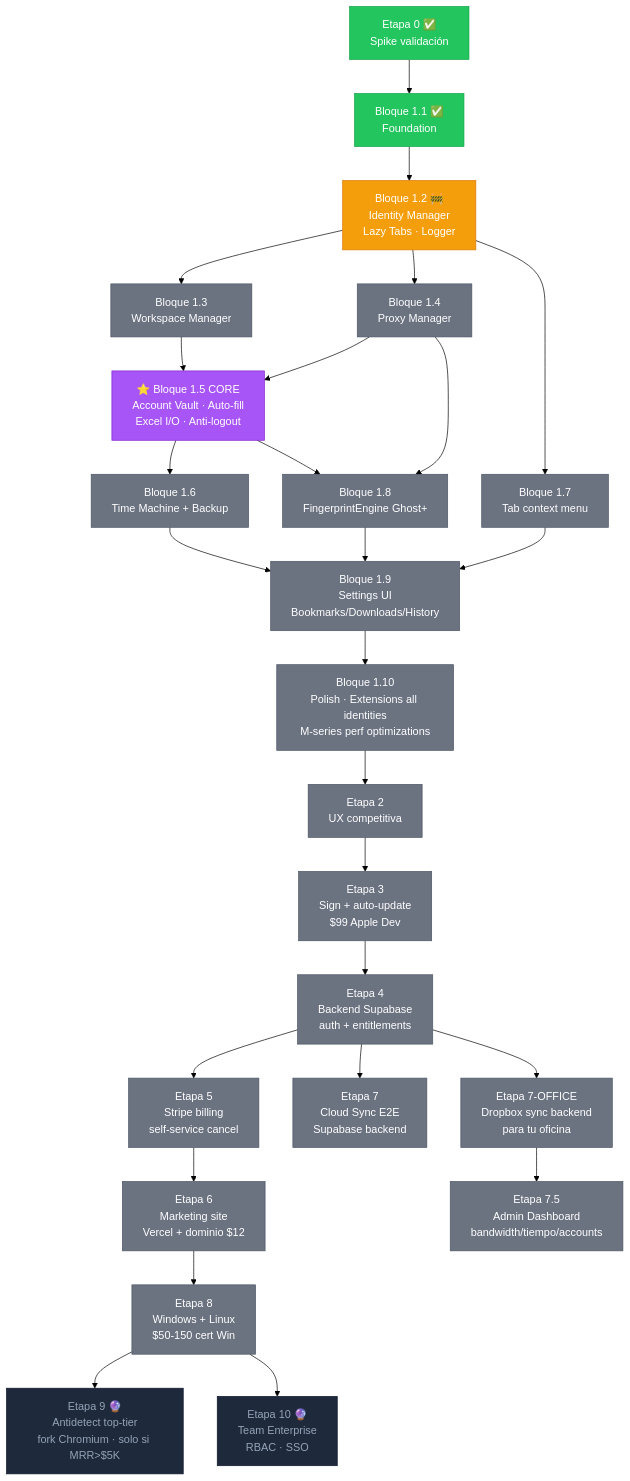
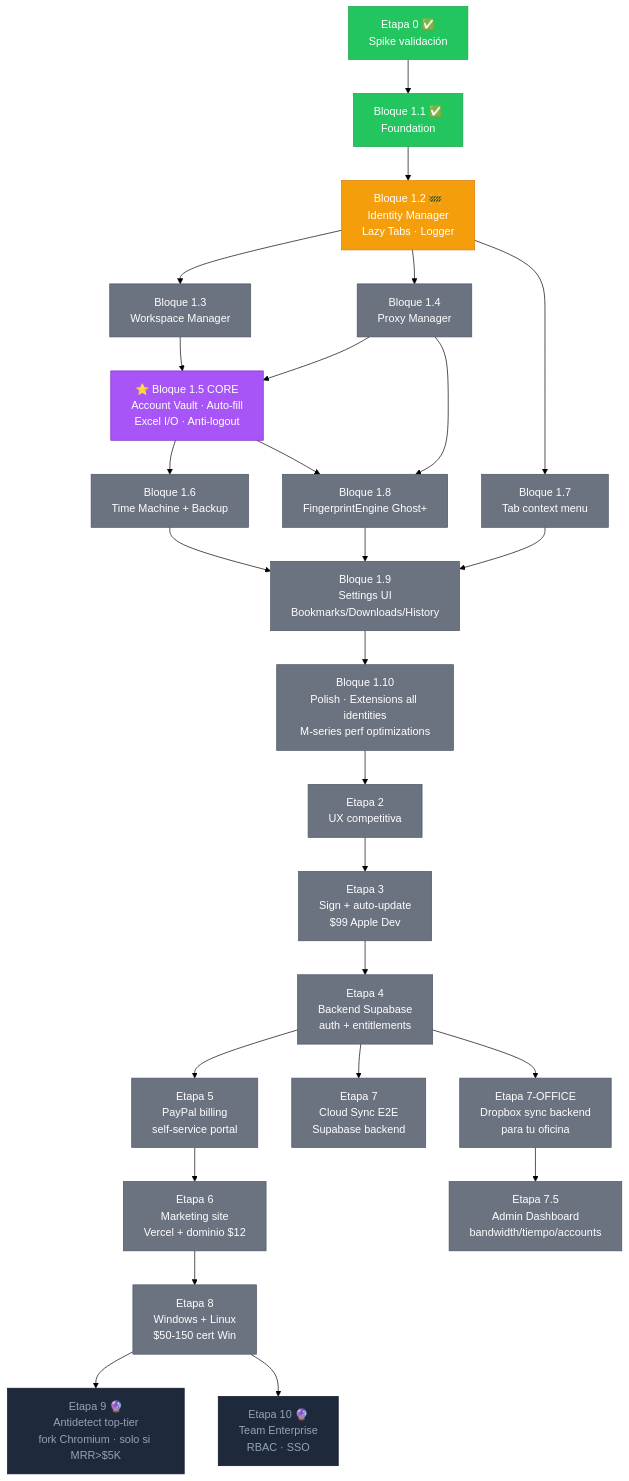
The diagram in docs/DEPENDENCIES.md (agenciaoz/oz-browser), drawn with Mermaid (forest theme) before and after one commit. The commit also changed other lines of this file and 5 other files, not shown here.

````diff
--- a/docs/DEPENDENCIES.md
+++ b/docs/DEPENDENCIES.md
@@ -3,52 +3,52 @@
 ```mermaid
 graph TD
     E0[Etapa 0 ✅<br/>Spike validación] --> B11[Bloque 1.1 ✅<br/>Foundation]
     B11 --> B12[Bloque 1.2 🚧<br/>Identity Manager<br/>Lazy Tabs · Logger]
 
     B12 --> B13[Bloque 1.3<br/>Workspace Manager]
     B12 --> B14[Bloque 1.4<br/>Proxy Manager]
 
     B13 --> B15
     B14 --> B15
     B15[⭐ Bloque 1.5 CORE<br/>Account Vault · Auto-fill<br/>Excel I/O · Anti-logout]
 
     B15 --> B16[Bloque 1.6<br/>Time Machine + Backup]
     B12 --> B17[Bloque 1.7<br/>Tab context menu]
 
     B15 --> B18[Bloque 1.8<br/>FingerprintEngine Ghost+]
     B14 --> B18
 
     B16 --> B19[Bloque 1.9<br/>Settings UI<br/>Bookmarks/Downloads/History]
     B17 --> B19
     B18 --> B19
 
     B19 --> B110[Bloque 1.10<br/>Polish · Extensions all identities<br/>M-series perf optimizations]
 
     B110 --> E2[Etapa 2<br/>UX competitiva]
     E2 --> E3[Etapa 3<br/>Sign + auto-update<br/>$99 Apple Dev]
 
     E3 --> E4[Etapa 4<br/>Backend Supabase<br/>auth + entitlements]
-    E4 --> E5[Etapa 5<br/>Stripe billing<br/>self-service cancel]
+    E4 --> E5[Etapa 5<br/>PayPal billing<br/>self-service portal]
     E5 --> E6[Etapa 6<br/>Marketing site<br/>Vercel + dominio $12]
 
     E4 --> E7[Etapa 7<br/>Cloud Sync E2E<br/>Supabase backend]
     E4 --> E7O[Etapa 7-OFFICE<br/>Dropbox sync backend<br/>para tu oficina]
     E7O --> E75[Etapa 7.5<br/>Admin Dashboard<br/>bandwidth/tiempo/accounts]
 
     E6 --> E8[Etapa 8<br/>Windows + Linux<br/>$50-150 cert Win]
 
     E8 --> E9[Etapa 9 🔮<br/>Antidetect top-tier<br/>fork Chromium · solo si MRR>$5K]
     E8 --> E10[Etapa 10 🔮<br/>Team Enterprise<br/>RBAC · SSO]
 
     classDef done fill:#22c55e,stroke:#16a34a,color:#fff;
     classDef wip fill:#f59e0b,stroke:#d97706,color:#fff;
     classDef todo fill:#6b7280,stroke:#4b5563,color:#fff;
     classDef core fill:#a855f7,stroke:#7e22ce,color:#fff;
     classDef future fill:#1e293b,stroke:#0f172a,color:#94a3b8;
 
     class E0,B11 done;
     class B12 wip;
     class B13,B14,B16,B17,B18,B19,B110,E2,E3,E4,E5,E6,E7,E7O,E75,E8 todo;
     class B15 core;
     class E9,E10 future;
 ```
````
